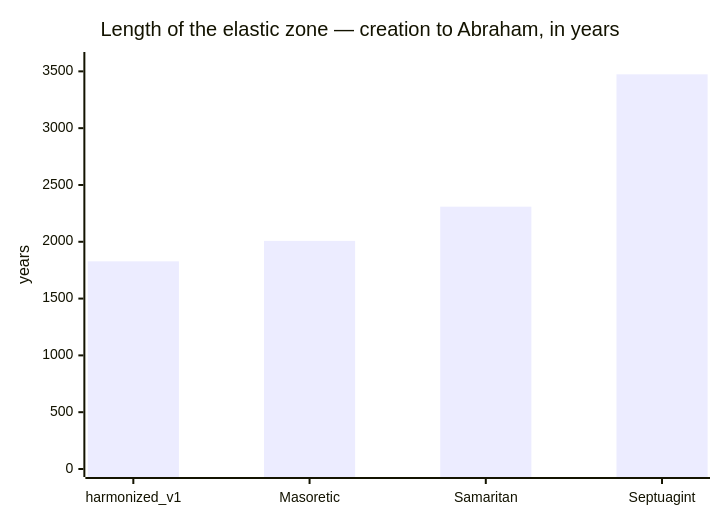
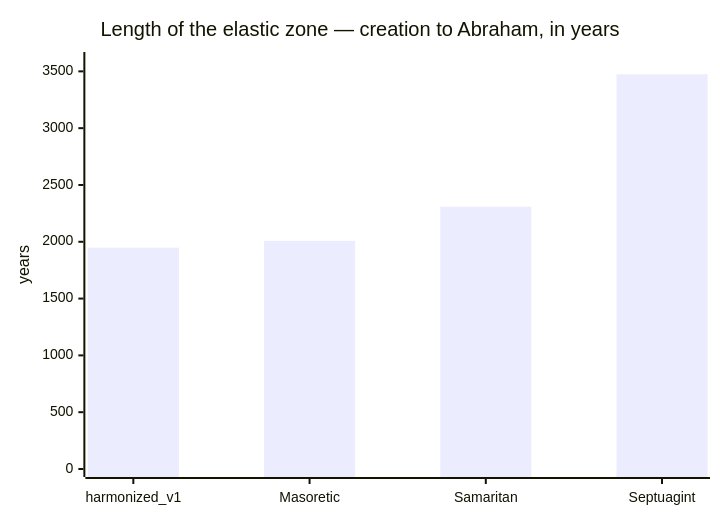
Before and after one commit to ding0t/bible_studies: the third of 3 diagrams in docs/content/last-things/combined-timeline.md, drawn with Mermaid. The commit also changed other lines of this file and 7 other files, not shown here.

````diff
--- a/docs/content/last-things/combined-timeline.md
+++ b/docs/content/last-things/combined-timeline.md
@@ -100,7 +100,7 @@
 ```mermaid
 xychart-beta
     title "Length of the elastic zone — creation to Abraham, in years"
     x-axis ["harmonized_v1", "Masoretic", "Samaritan", "Septuagint"]
     y-axis "years" 0 --> 3600
-    bar [1828, 2008, 2309, 3474]
+    bar [1948, 2008, 2309, 3474]
 ```
````
